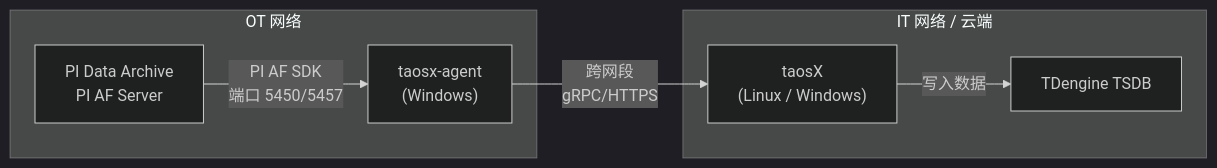
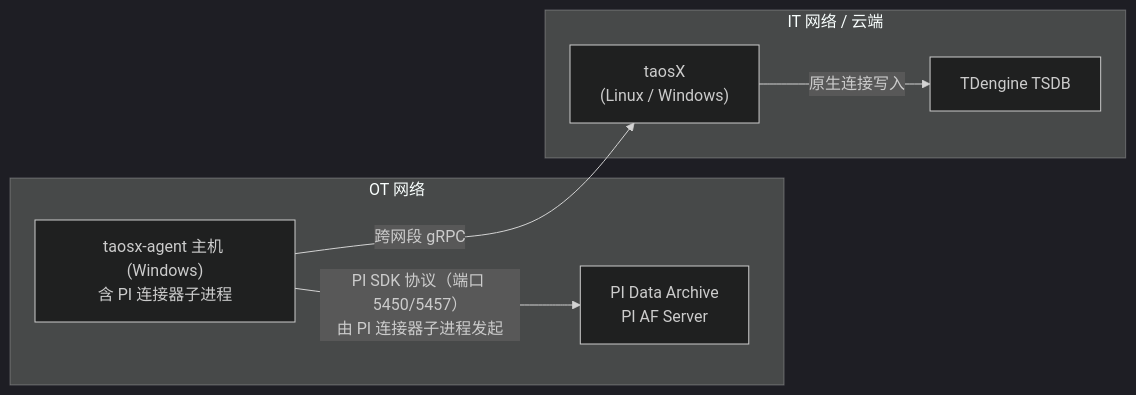
Before and after one commit to taosdata/TDengine: the second of 3 diagrams in docs/zh/06-advanced/05-data-in/03-pi/02-deployment-architecture.md, drawn with Mermaid (dark theme). The commit also changed other lines of this file and 7 other files, not shown here.

````diff
--- a/docs/zh/06-advanced/05-data-in/03-pi/02-deployment-architecture.md
+++ b/docs/zh/06-advanced/05-data-in/03-pi/02-deployment-architecture.md
@@ -50,14 +50,14 @@
 ```mermaid
 graph LR
     subgraph OT["OT 网络"]
         PI["PI Data Archive<br/>PI AF Server"]
-        AG["taosx-agent<br/>(Windows)"]
+        AG["taosx-agent 主机 (Windows)<br/>含 PI 连接器子进程"]
     end
     subgraph IT["IT 网络 / 云端"]
         TX["taosX<br/>(Linux / Windows)"]
         TD["TDengine TSDB"]
     end
-    PI -- "PI AF SDK<br/>端口 5450/5457" --> AG
-    AG -- "跨网段<br/>gRPC/HTTPS" --> TX
-    TX -- "写入数据" --> TD
+    AG -- "PI SDK 协议（端口 5450/5457）<br/>由 PI 连接器子进程发起" --> PI
+    AG -- "跨网段 gRPC" --> TX
+    TX -- "原生连接写入" --> TD
 ```
````
